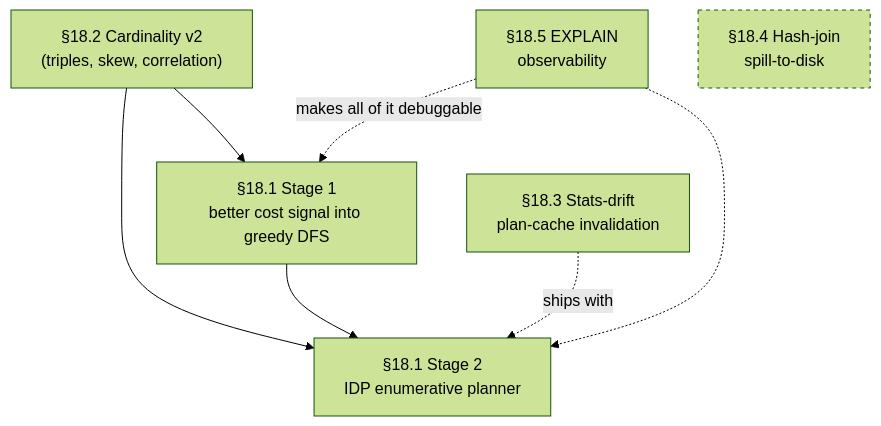
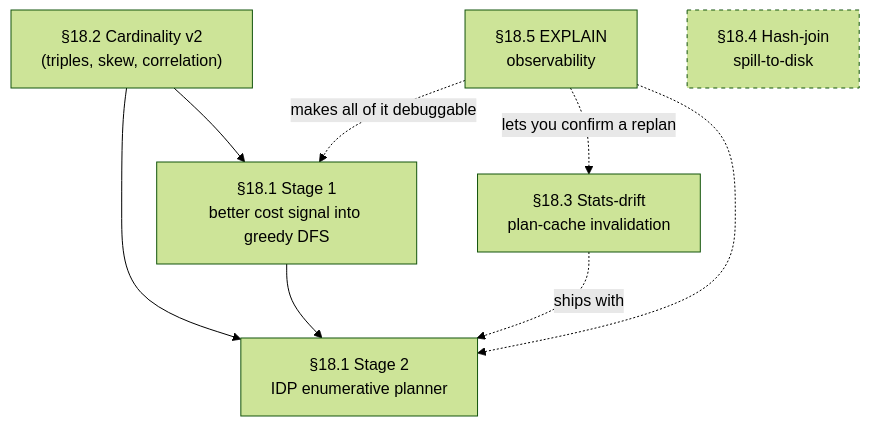
The diagram in docs/yql-internals-book/chapters/18-open-problems.md (JetBrains/youtrackdb), drawn with Mermaid (forest theme) before and after one commit. The commit also changed 1 other file, not shown here.

Commit message:
Apply Track 03 review fixes: README refresh-history + Figure 18.1 companion edge
Review found two inconsistencies left after the Chapter 18 rework.
WC-1: the README Cycle-3 refresh-history bullet did not record the
Chapter 18 / new Part VIII addition, so it is reconciled to match the
production record. WC-3: Figure 18.1 was missing the §18.5->§18.3
dotted companion edge, so the diagram now matches the §18.3 prose.

````diff
--- a/docs/yql-internals-book/chapters/18-open-problems.md
+++ b/docs/yql-internals-book/chapters/18-open-problems.md
@@ -35,19 +35,20 @@
 ```mermaid
 flowchart TD
     CE["§18.2 Cardinality v2<br/>(triples, skew, correlation)"]
     S1["§18.1 Stage 1<br/>better cost signal into greedy DFS"]
     S2["§18.1 Stage 2<br/>IDP enumerative planner"]
     SD["§18.3 Stats-drift<br/>plan-cache invalidation"]
     OB["§18.5 EXPLAIN<br/>observability"]
     SP["§18.4 Hash-join<br/>spill-to-disk"]
 
     CE --> S1
     CE --> S2
     S1 --> S2
     SD -. ships with .-> S2
     OB -. makes all of it debuggable .-> S1
     OB -.-> S2
+    OB -. lets you confirm a replan .-> SD
     SP:::standalone
 
     classDef standalone stroke-dasharray: 4 4;
 ```
````
